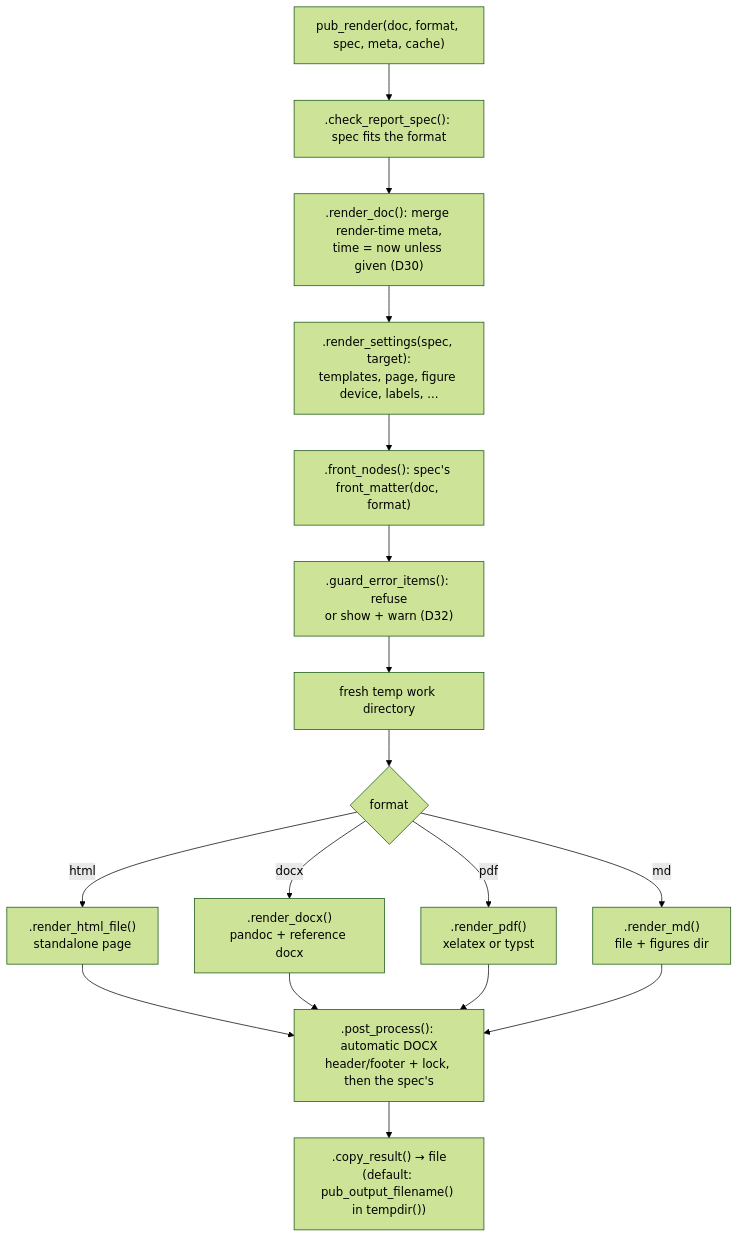
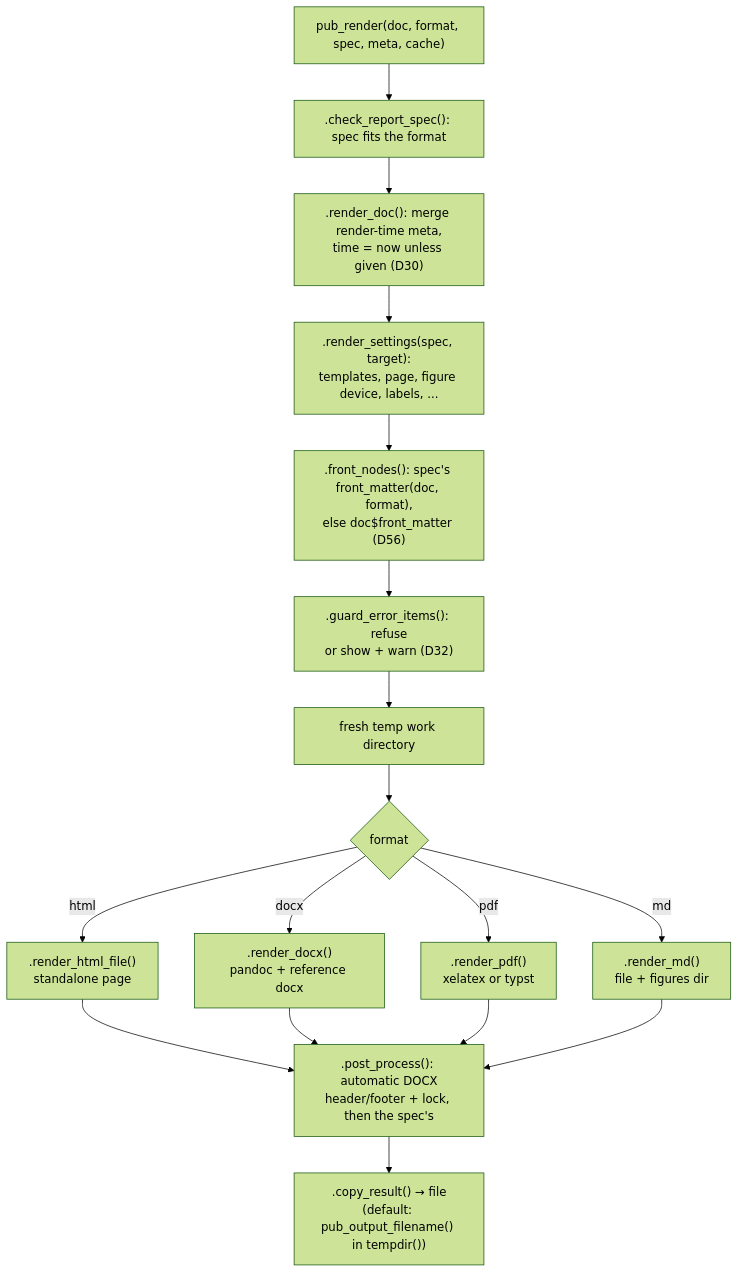
One commit to rpahl/pubflow changed the ninth of 12 diagrams in dev/ARCHITECTURE.md. Above: the diagram before and after it, drawn with Mermaid (forest theme). The commit also changed other lines of this file and 3 other files, not shown here.

Commit message:
docs: document front matter of documents (D56)

````diff
--- a/dev/ARCHITECTURE.md
+++ b/dev/ARCHITECTURE.md
@@ -452,23 +452,23 @@
 ```mermaid
 flowchart TB
     a["pub_render(doc, format, spec, meta, cache)"]
     b[".check_report_spec(): spec fits the format"]
     c[".render_doc(): merge render-time meta,<br/>time = now unless given (D30)"]
     d[".render_settings(spec, target):<br/>templates, page, figure device, labels, ..."]
-    e[".front_nodes(): spec's front_matter(doc, format)"]
+    e[".front_nodes(): spec's front_matter(doc, format),<br/>else doc$front_matter (D56)"]
     f[".guard_error_items(): refuse<br/>or show + warn (D32)"]
     g["fresh temp work directory"]
     h{"format"}
     h1[".render_html_file()<br/>standalone page"]
     h2[".render_docx()<br/>pandoc + reference docx"]
     h3[".render_pdf()<br/>xelatex or typst"]
     h4[".render_md()<br/>file + figures dir"]
     i[".post_process(): automatic DOCX<br/>header/footer + lock, then the spec's"]
     j[".copy_result() → file<br/>(default: pub_output_filename() in tempdir())"]
     a --> b --> c --> d --> e --> f --> g --> h
     h -- html --> h1 --> i
     h -- docx --> h2 --> i
     h -- pdf --> h3 --> i
     h -- md --> h4 --> i
     i --> j
 ```
````
